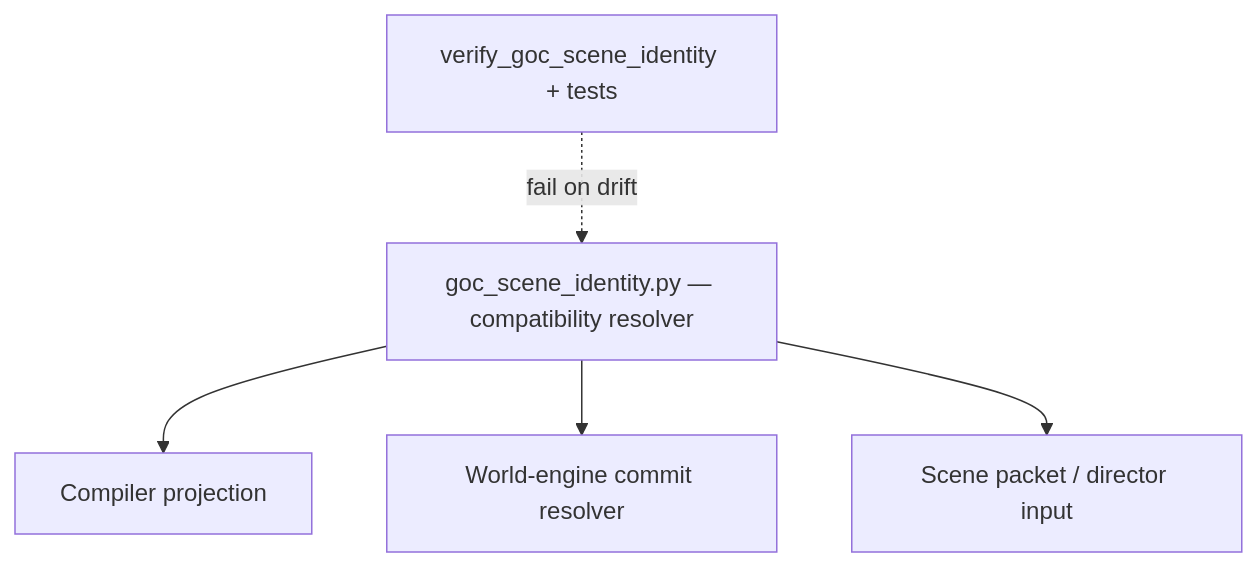
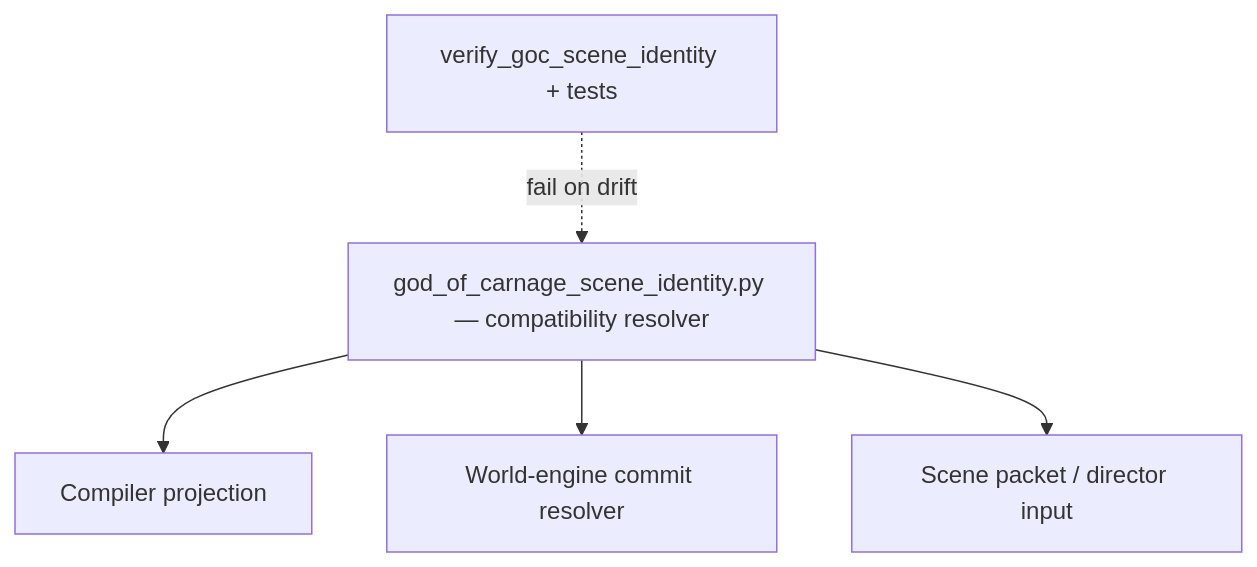
Before and after one commit to Held0fTheWelt/BLACKVEIN: the diagram in docs/ADR/adr-0003-scene-identity-canonical-surface.md, drawn with Mermaid. The commit also changed other lines of this file and 489 other files, not shown here.

````diff
--- a/docs/ADR/adr-0003-scene-identity-canonical-surface.md
+++ b/docs/ADR/adr-0003-scene-identity-canonical-surface.md
@@ -69,8 +69,8 @@
 ```mermaid
 flowchart TD
-  M[goc_scene_identity.py — compatibility resolver]
+  M[god_of_carnage_scene_identity.py — compatibility resolver]
   M --> COMP[Compiler projection]
   M --> COMM[World-engine commit resolver]
   M --> AI[Scene packet / director input]
   CI[verify_goc_scene_identity + tests] -.->|fail on drift| M
 ```
````
